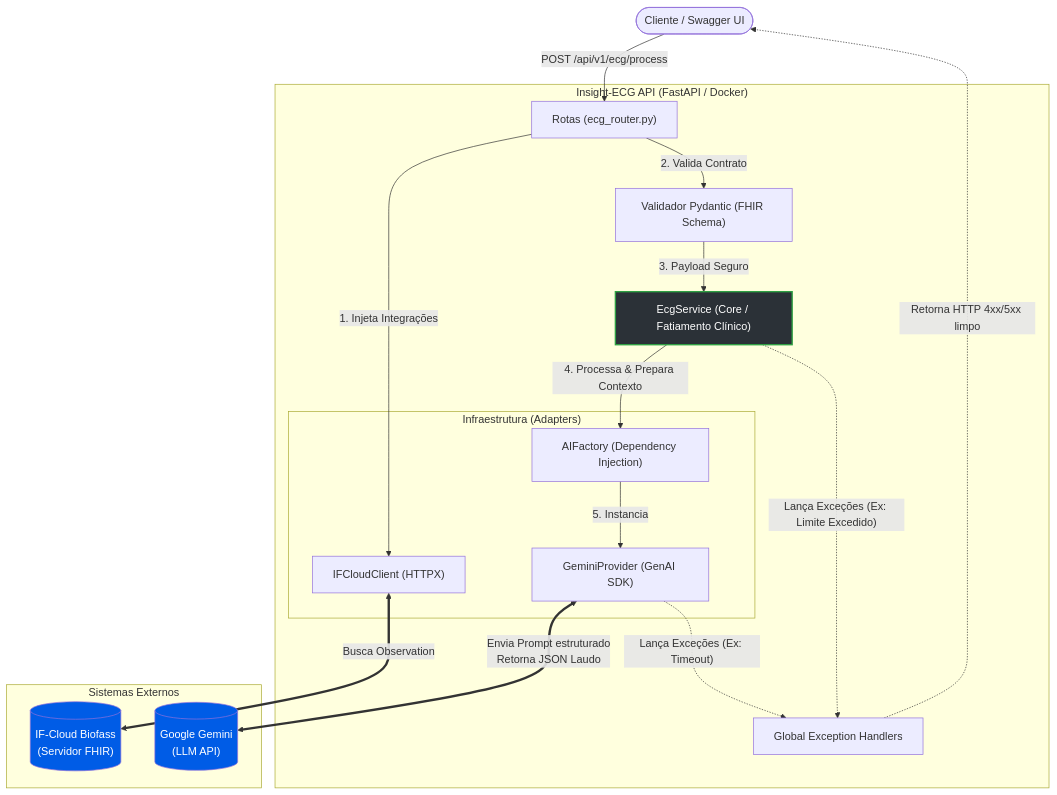
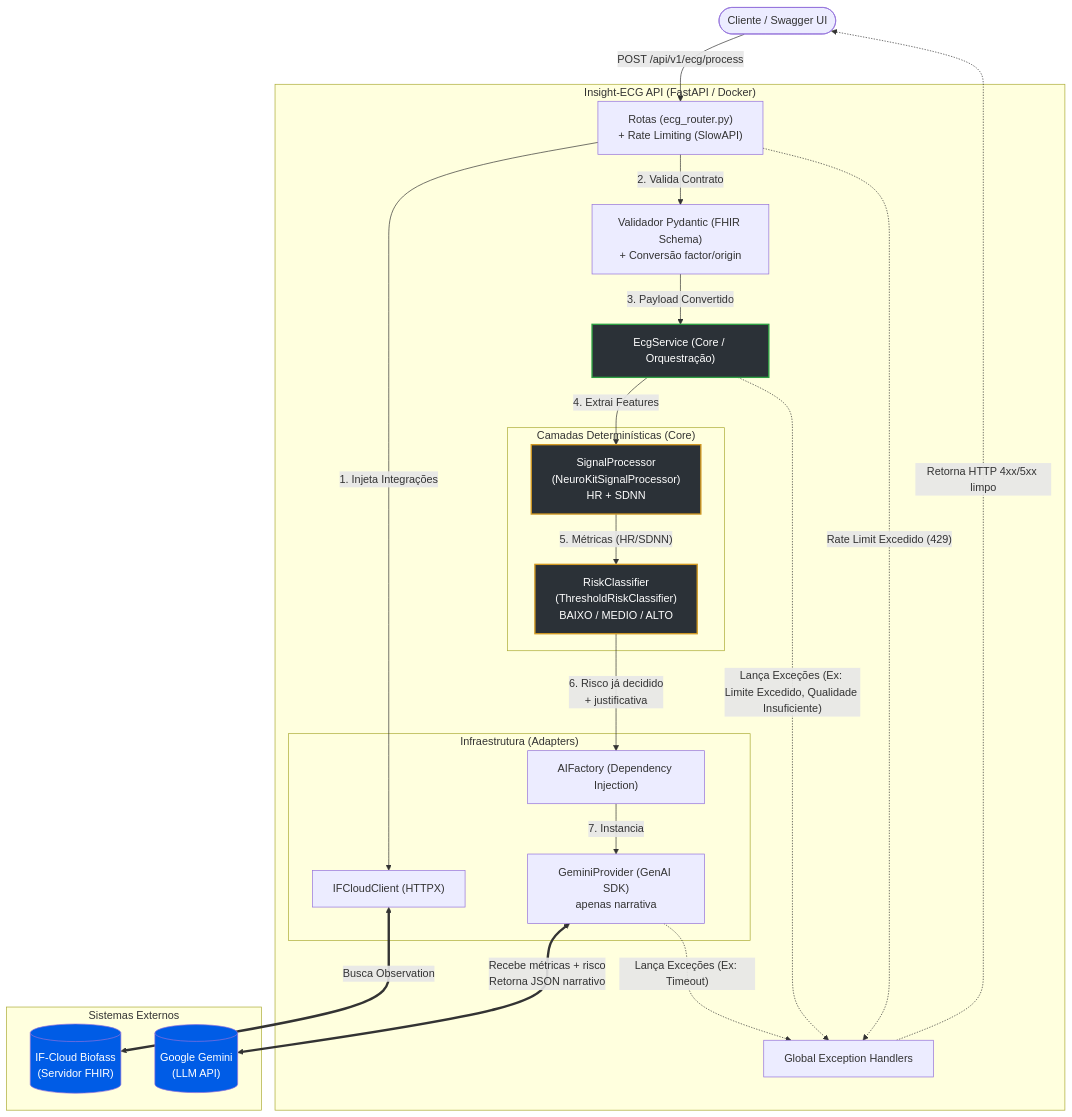
The diagram in README.md (LeonardoEnnes/poc-insight-ecg-api), drawn with Mermaid before and after one commit. The commit also changed other lines of this file, not shown here.

````diff
--- a/README.md
+++ b/README.md
@@ -142,50 +192,60 @@
 ```mermaid
 flowchart TD
     %% Atores / Clientes
     USER([Cliente / Swagger UI])
     
     %% Ecossistema da API
     subgraph "Insight-ECG API (FastAPI / Docker)"
         
-        ROUTER["Rotas (ecg_router.py)"]
+        ROUTER["Rotas (ecg_router.py)\n+ Rate Limiting (SlowAPI)"]
         EXC_HANDLER["Global Exception Handlers"]
-        SCHEMAS["Validador Pydantic (FHIR Schema)"]
-        SERVICE["EcgService (Core / Fatiamento Clínico)"]
+        SCHEMAS["Validador Pydantic (FHIR Schema)\n+ Conversão factor/origin"]
+        SERVICE["EcgService (Core / Orquestração)"]
+        
+        subgraph "Camadas Determinísticas (Core)"
+            DSP["SignalProcessor\n(NeuroKitSignalProcessor)\nHR + SDNN"]
+            RISK["RiskClassifier\n(ThresholdRiskClassifier)\nBAIXO / MEDIO / ALTO"]
+        end
         
         subgraph "Infraestrutura (Adapters)"
             IF_CLIENT["IFCloudClient (HTTPX)"]
             IA_FACTORY["AIFactory (Dependency Injection)"]
-            GEMINI_PROV["GeminiProvider (GenAI SDK)"]
+            GEMINI_PROV["GeminiProvider (GenAI SDK)\napenas narrativa"]
         end
     end
     
     %% Ecossistema Externo
     subgraph "Sistemas Externos"
         IF_CLOUD[("IF-Cloud Biofass\n(Servidor FHIR)")]
         GEMINI_API[("Google Gemini\n(LLM API)")]
     end
 
     %% Fluxos de Comunicação
     USER -- "POST /api/v1/ecg/process" --> ROUTER
     
-    ROUTER -- 1. Injeta Integrações --> IF_CLIENT
-    ROUTER -- 2. Valida Contrato --> SCHEMAS
+    ROUTER -- "1. Injeta Integrações" --> IF_CLIENT
+    ROUTER -- "2. Valida Contrato" --> SCHEMAS
     
-    SCHEMAS -- 3. Payload Seguro --> SERVICE
-    SERVICE -- 4. Processa & Prepara Contexto --> IA_FACTORY
-    IA_FACTORY -- 5. Instancia --> GEMINI_PROV
+    SCHEMAS -- "3. Payload Convertido" --> SERVICE
+    SERVICE -- "4. Extrai Features" --> DSP
+    DSP -- "5. Métricas (HR/SDNN)" --> RISK
+    RISK -- "6. Risco já decidido\n+ justificativa" --> IA_FACTORY
+    IA_FACTORY -- "7. Instancia" --> GEMINI_PROV
     
     %% Chamadas de Rede
     IF_CLIENT <== "Busca Observation" ==> IF_CLOUD
-    GEMINI_PROV <== "Envia Prompt estruturado\nRetorna JSON Laudo" ==> GEMINI_API
+    GEMINI_PROV <== "Recebe métricas + risco\nRetorna JSON narrativo" ==> GEMINI_API
     
     %% Fluxo de Erro
-    SERVICE -. "Lança Exceções (Ex: Limite Excedido)" .-> EXC_HANDLER
+    SERVICE -. "Lança Exceções (Ex: Limite Excedido, Qualidade Insuficiente)" .-> EXC_HANDLER
     GEMINI_PROV -. "Lança Exceções (Ex: Timeout)" .-> EXC_HANDLER
+    ROUTER -. "Rate Limit Excedido (429)" .-> EXC_HANDLER
     EXC_HANDLER -. "Retorna HTTP 4xx/5xx limpo" .-> USER
 
     %% Estilização para o GitHub
     style SERVICE fill:#2b3137,stroke:#2ea043,stroke-width:2px,color:#fff
+    style DSP fill:#2b3137,stroke:#d29922,stroke-width:2px,color:#fff
+    style RISK fill:#2b3137,stroke:#d29922,stroke-width:2px,color:#fff
     style GEMINI_API fill:#005ce6,color:#fff
     style IF_CLOUD fill:#005ce6,color:#fff
 ```
````
